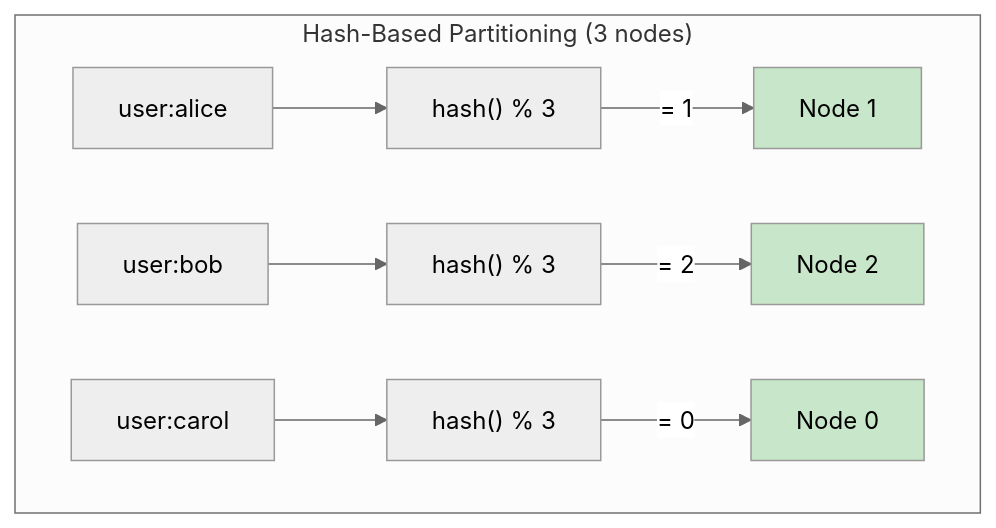
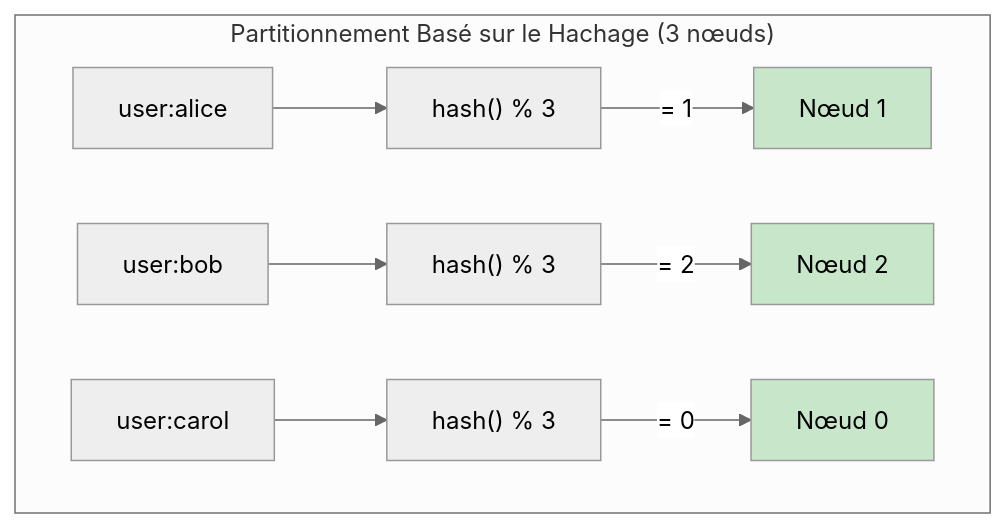
One commit to dardourimohamed/distributed-systems-course changed the third of 7 diagrams in src/data-store/01-partitioning.md. Above: the diagram before and after it, drawn with Mermaid (neutral theme). The commit also changed other lines of this file and 38 other files, not shown here.

````diff
--- a/src/data-store/01-partitioning.md
+++ b/src/data-store/01-partitioning.md
@@ -71,16 +71,16 @@
 ```mermaid
 graph TB
-    subgraph "Hash-Based Partitioning (3 nodes)"
+    subgraph "Partitionnement Basé sur le Hachage (3 nœuds)"
         Key1["user:alice"] --> H1["hash() % 3"]
         Key2["user:bob"] --> H2["hash() % 3"]
         Key3["user:carol"] --> H3["hash() % 3"]
 
-        H1 -->|"= 1"| N1[Node 1]
-        H2 -->|"= 2"| N2[Node 2]
-        H3 -->|"= 0"| N0[Node 0]
+        H1 -->|"= 1"| N1[Nœud 1]
+        H2 -->|"= 2"| N2[Nœud 2]
+        H3 -->|"= 0"| N0[Nœud 0]
 
         style N1 fill:#c8e6c9
         style N2 fill:#c8e6c9
         style N0 fill:#c8e6c9
     end
 ```
````
